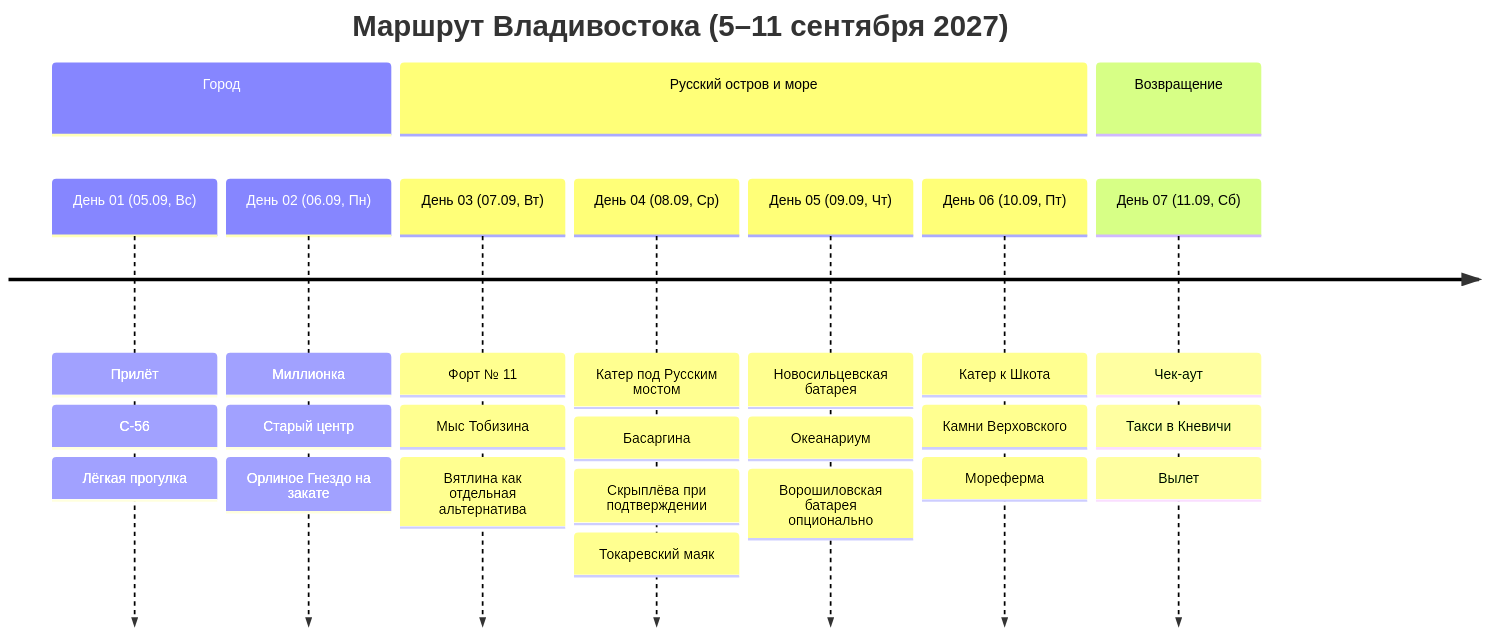
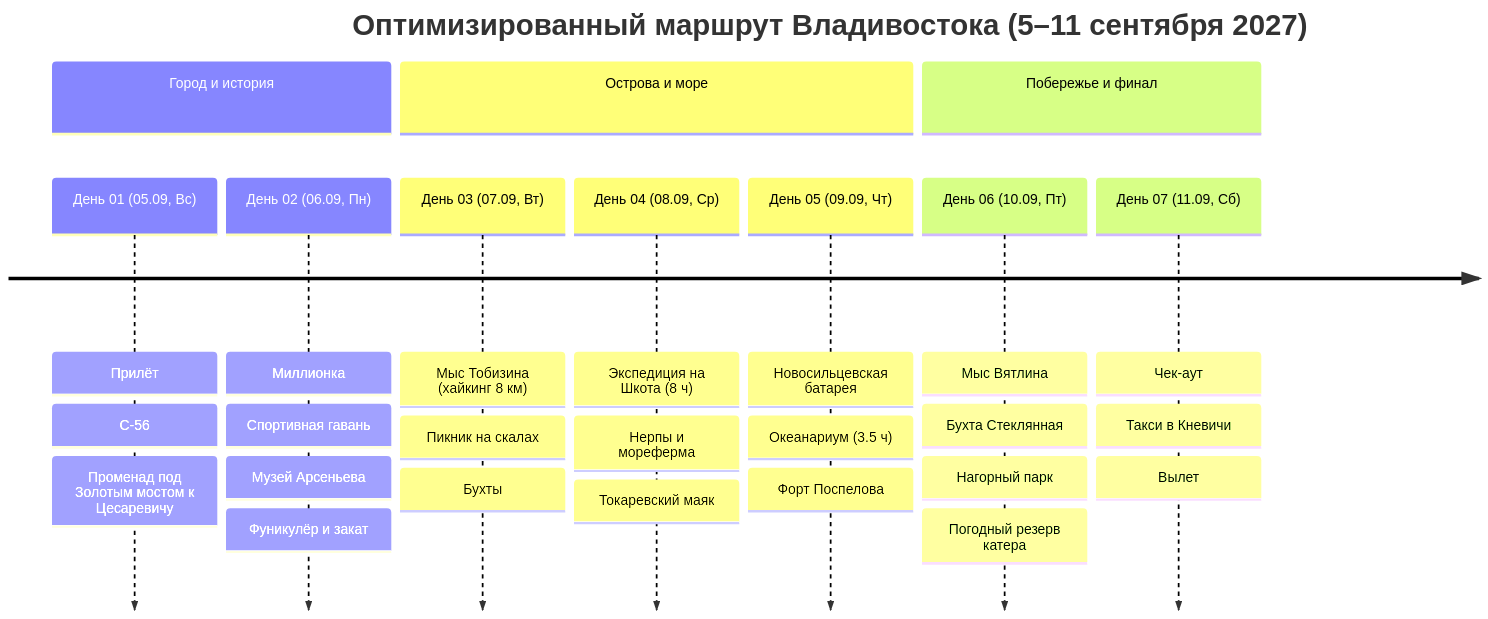
Before and after one commit to injurka/obsidian-mark: the diagram in Personal Note/Travel/-- Владивосток/Владивосток.md, drawn with Mermaid. The commit also changed other lines of this file and 20 other files, not shown here.

````diff
--- a/Personal Note/Travel/-- Владивосток/Владивосток.md
+++ b/Personal Note/Travel/-- Владивосток/Владивосток.md
@@ -41,14 +41,14 @@
 ```mermaid
 timeline
-    title Маршрут Владивостока (5–11 сентября 2027)
-    section Город
-        День 01 (05.09, Вс) : Прилёт : С-56 : Лёгкая прогулка
-        День 02 (06.09, Пн) : Миллионка : Старый центр : Орлиное Гнездо на закате
-    section Русский остров и море
-        День 03 (07.09, Вт) : Форт № 11 : Мыс Тобизина : Вятлина как отдельная альтернатива
-        День 04 (08.09, Ср) : Катер под Русским мостом : Басаргина : Скрыплёва при подтверждении : Токаревский маяк
-        День 05 (09.09, Чт) : Новосильцевская батарея : Океанариум : Ворошиловская батарея опционально
-        День 06 (10.09, Пт) : Катер к Шкота : Камни Верховского : Мореферма
-    section Возвращение
+    title Оптимизированный маршрут Владивостока (5–11 сентября 2027)
+    section Город и история
+        День 01 (05.09, Вс) : Прилёт : С-56 : Променад под Золотым мостом к Цесаревичу
+        День 02 (06.09, Пн) : Миллионка : Спортивная гавань : Музей Арсеньева : Фуникулёр и закат
+    section Острова и море
+        День 03 (07.09, Вт) : Мыс Тобизина (хайкинг 8 км) : Пикник на скалах : Бухты
+        День 04 (08.09, Ср) : Экспедиция на Шкота (8 ч) : Нерпы и мореферма : Токаревский маяк
+        День 05 (09.09, Чт) : Новосильцевская батарея : Океанариум (3.5 ч) : Форт Поспелова
+    section Побережье и финал
+        День 06 (10.09, Пт) : Мыс Вятлина : Бухта Стеклянная : Нагорный парк : Погодный резерв катера
         День 07 (11.09, Сб) : Чек-аут : Такси в Кневичи : Вылет
 ```
````
